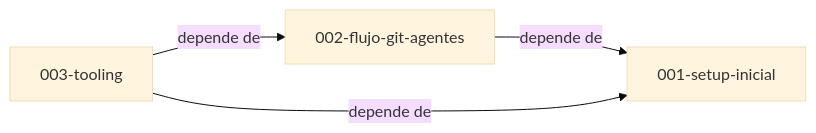
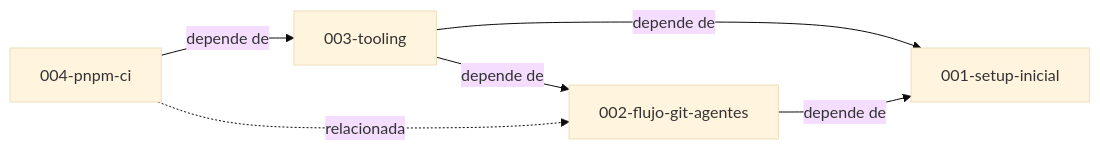
The diagram in docs/specs/README.md (DavidSlva/financial-risk-manager), drawn with Mermaid (base theme) before and after one commit. The commit also changed other lines of this file and 18 other files, not shown here.

````diff
--- a/docs/specs/README.md
+++ b/docs/specs/README.md
@@ -15,9 +16,12 @@
 ```mermaid
 graph LR
   S001[001-setup-inicial]
   S002[002-flujo-git-agentes]
   S003[003-tooling]
+  S004[004-pnpm-ci]
   S002 -->|depende de| S001
   S003 -->|depende de| S001
   S003 -->|depende de| S002
+  S004 -->|depende de| S003
+  S004 -.->|relacionada| S002
 ```
````
